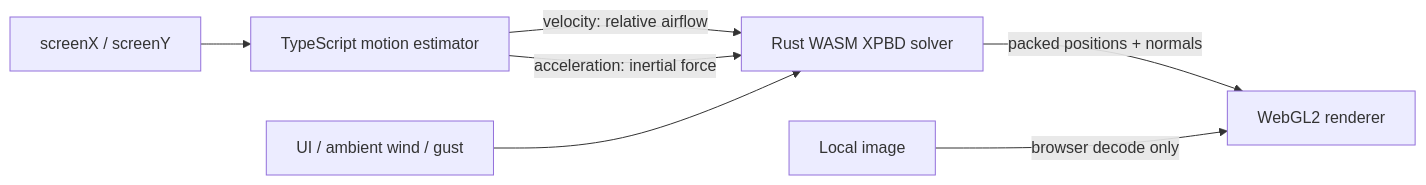
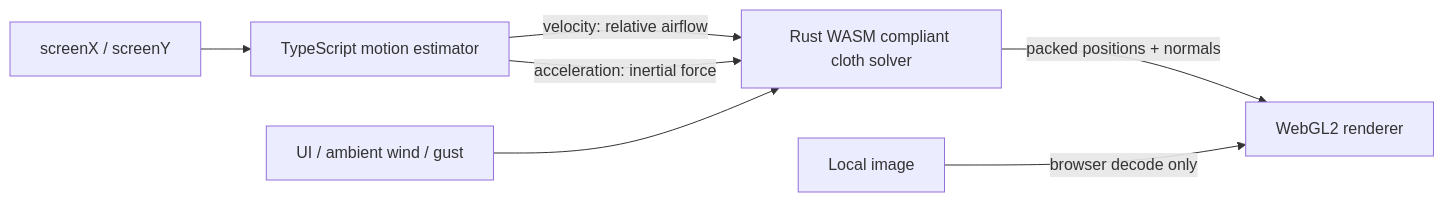
Before and after one commit to jFriedli/wasm-cloth-lab: the diagram in README.md, drawn with Mermaid. The commit also changed other lines of this file and 11 other files, not shown here.

Commit message:
docs: publish 2026 cloth solver research

````diff
--- a/README.md
+++ b/README.md
@@ -23,9 +23,9 @@
 ```mermaid
 flowchart LR
   Screen[screenX / screenY] --> Filter[TypeScript motion estimator]
   Filter -->|velocity: relative airflow| WASM
   Filter -->|acceleration: inertial force| WASM
-  Input[UI / ambient wind / gust] --> WASM[Rust WASM XPBD solver]
+  Input[UI / ambient wind / gust] --> WASM[Rust WASM compliant cloth solver]
   WASM -->|packed positions + normals| GL[WebGL2 renderer]
   Local[Local image] -->|browser decode only| GL
 ```
````
